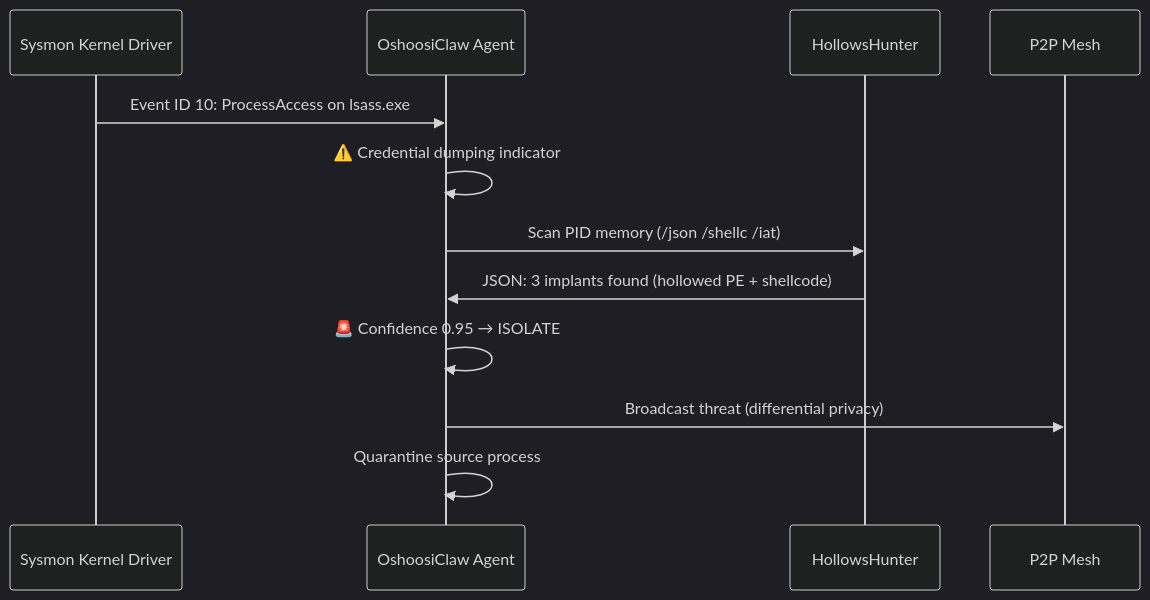
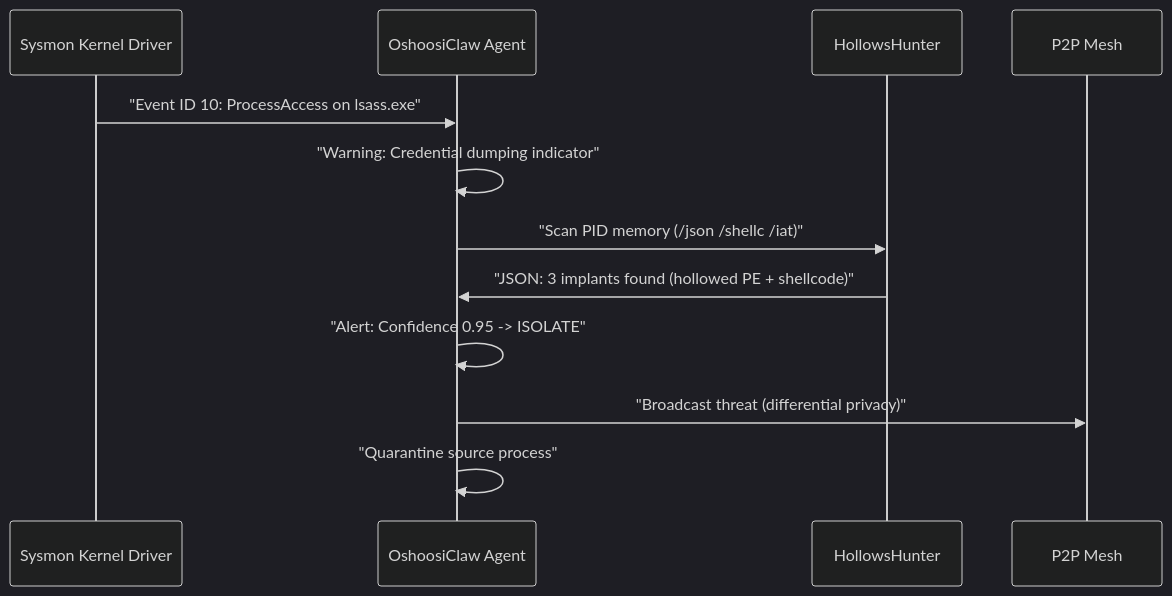
Before and after one commit to oyesanyf/OshoosiClaw: the third of 3 diagrams in README.md, drawn with Mermaid (dark theme). The commit also changed other lines of this file, not shown here.

Commit message:
fix: resolve GitHub Mermaid rendering errors by quoting labels with emojis

````diff
--- a/README.md
+++ b/README.md
@@ -124,15 +124,15 @@
 ```mermaid
 sequenceDiagram
     participant K as Sysmon Kernel Driver
     participant O as OshoosiClaw Agent
     participant H as HollowsHunter
     participant M as P2P Mesh
     
-    K->>O: Event ID 10: ProcessAccess on lsass.exe
-    O->>O: ⚠️ Credential dumping indicator
-    O->>H: Scan PID memory (/json /shellc /iat)
-    H->>O: JSON: 3 implants found (hollowed PE + shellcode)
-    O->>O: 🚨 Confidence 0.95 → ISOLATE
-    O->>M: Broadcast threat (differential privacy)
-    O->>O: Quarantine source process
+    K->>O: "Event ID 10: ProcessAccess on lsass.exe"
+    O->>O: "Warning: Credential dumping indicator"
+    O->>H: "Scan PID memory (/json /shellc /iat)"
+    H->>O: "JSON: 3 implants found (hollowed PE + shellcode)"
+    O->>O: "Alert: Confidence 0.95 -> ISOLATE"
+    O->>M: "Broadcast threat (differential privacy)"
+    O->>O: "Quarantine source process"
 ```
````
